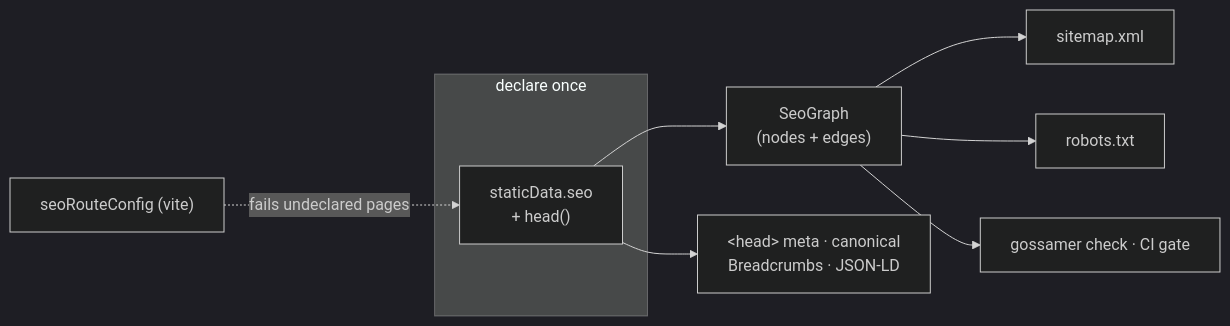
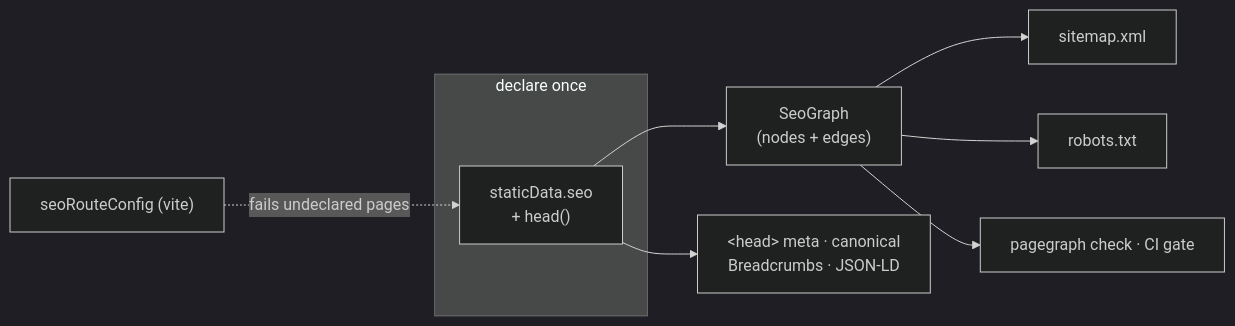
The diagram in README.md (aryasaatvik/gossamer), drawn with Mermaid (dark theme) before and after one commit. The commit also changed other lines of this file and 32 other files, not shown here.

````diff
--- a/README.md
+++ b/README.md
@@ -8,12 +8,12 @@
 ```mermaid
 flowchart LR
   subgraph declare["declare once"]
     route["staticData.seo<br/>+ head()"]
   end
   route --> seograph["SeoGraph<br/>(nodes + edges)"]
   seograph --> sitemap["sitemap.xml"]
   seograph --> robots["robots.txt"]
-  seograph --> check["gossamer check · CI gate"]
+  seograph --> check["pagegraph check · CI gate"]
   route --> head["&lt;head&gt; meta · canonical<br/>Breadcrumbs · JSON-LD"]
   gate["seoRouteConfig (vite)"] -. "fails undeclared pages" .-> route
 ```
````
